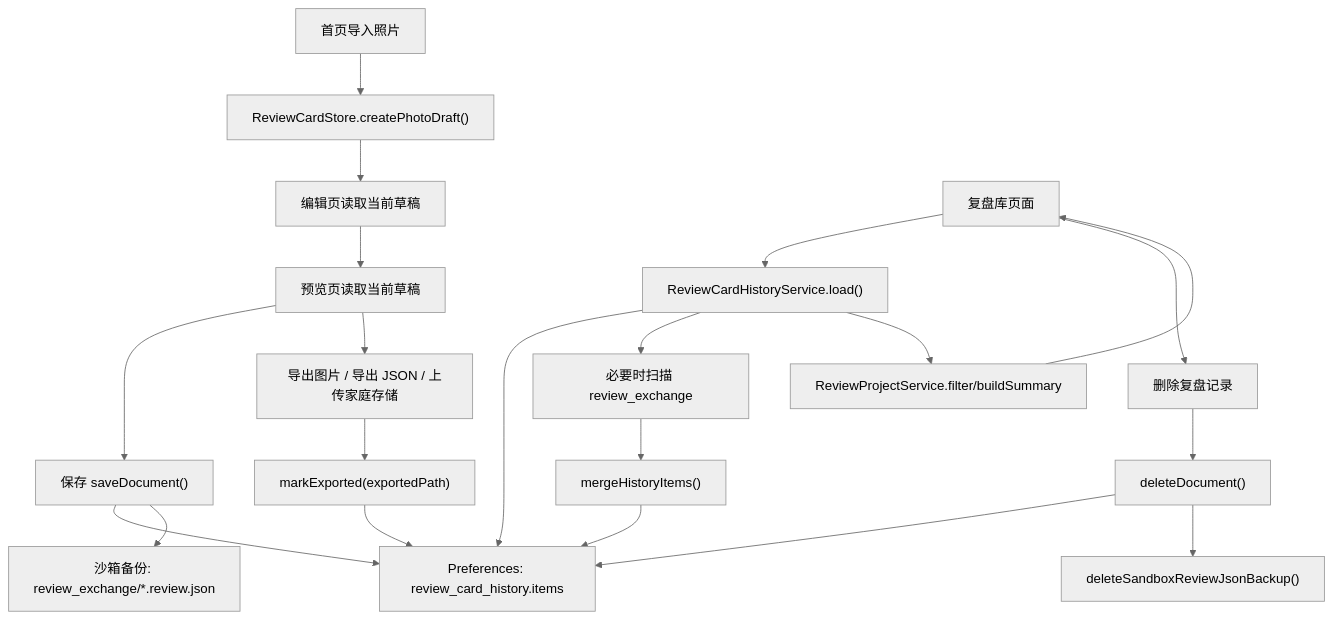
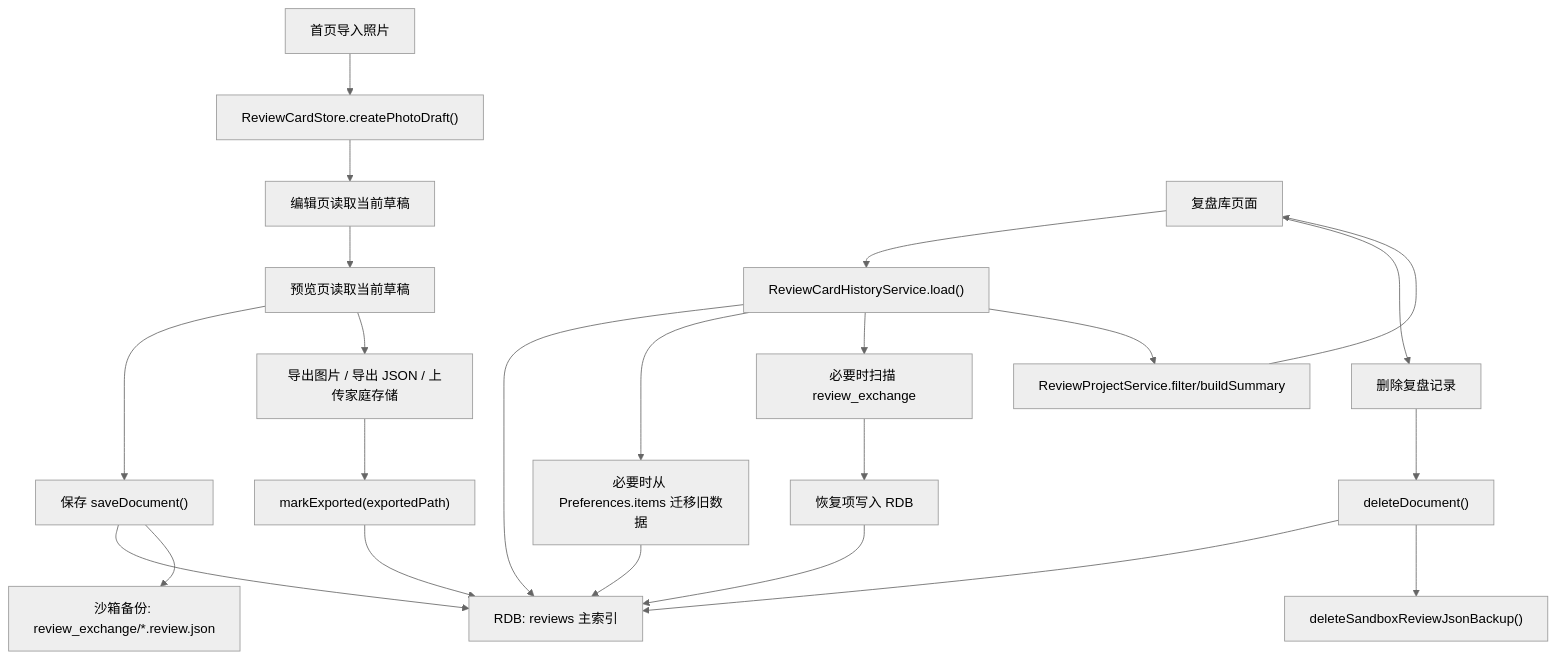
Before and after one commit to vindisc/skymap-harmony: the diagram in docs/product/REVIEW_LIBRARY_STORAGE_AUDIT.md, drawn with Mermaid (neutral theme). The commit also changed other lines of this file and 6 other files, not shown here.

````diff
--- a/docs/product/REVIEW_LIBRARY_STORAGE_AUDIT.md
+++ b/docs/product/REVIEW_LIBRARY_STORAGE_AUDIT.md
@@ -157,26 +175,28 @@
 ```mermaid
 flowchart TD
   A["首页导入照片"] --> B["ReviewCardStore.createPhotoDraft()"]
   B --> C["编辑页读取当前草稿"]
   C --> D["预览页读取当前草稿"]
   D --> E["保存 saveDocument()"]
-  E --> F["Preferences: review_card_history.items"]
+  E --> F["RDB: reviews 主索引"]
   E --> G["沙箱备份: review_exchange/*.review.json"]
 
   D --> H["导出图片 / 导出 JSON / 上传家庭存储"]
   H --> I["markExported(exportedPath)"]
   I --> F
 
   J["复盘库页面"] --> K["ReviewCardHistoryService.load()"]
   K --> F
+  K --> R["必要时从 Preferences.items 迁移旧数据"]
+  R --> F
   K --> L["必要时扫描 review_exchange"]
-  L --> M["mergeHistoryItems()"]
+  L --> M["恢复项写入 RDB"]
   M --> F
   K --> N["ReviewProjectService.filter/buildSummary"]
   N --> J
 
   J --> O["删除复盘记录"]
   O --> P["deleteDocument()"]
   P --> F
   P --> Q["deleteSandboxReviewJsonBackup()"]
 ```
````
